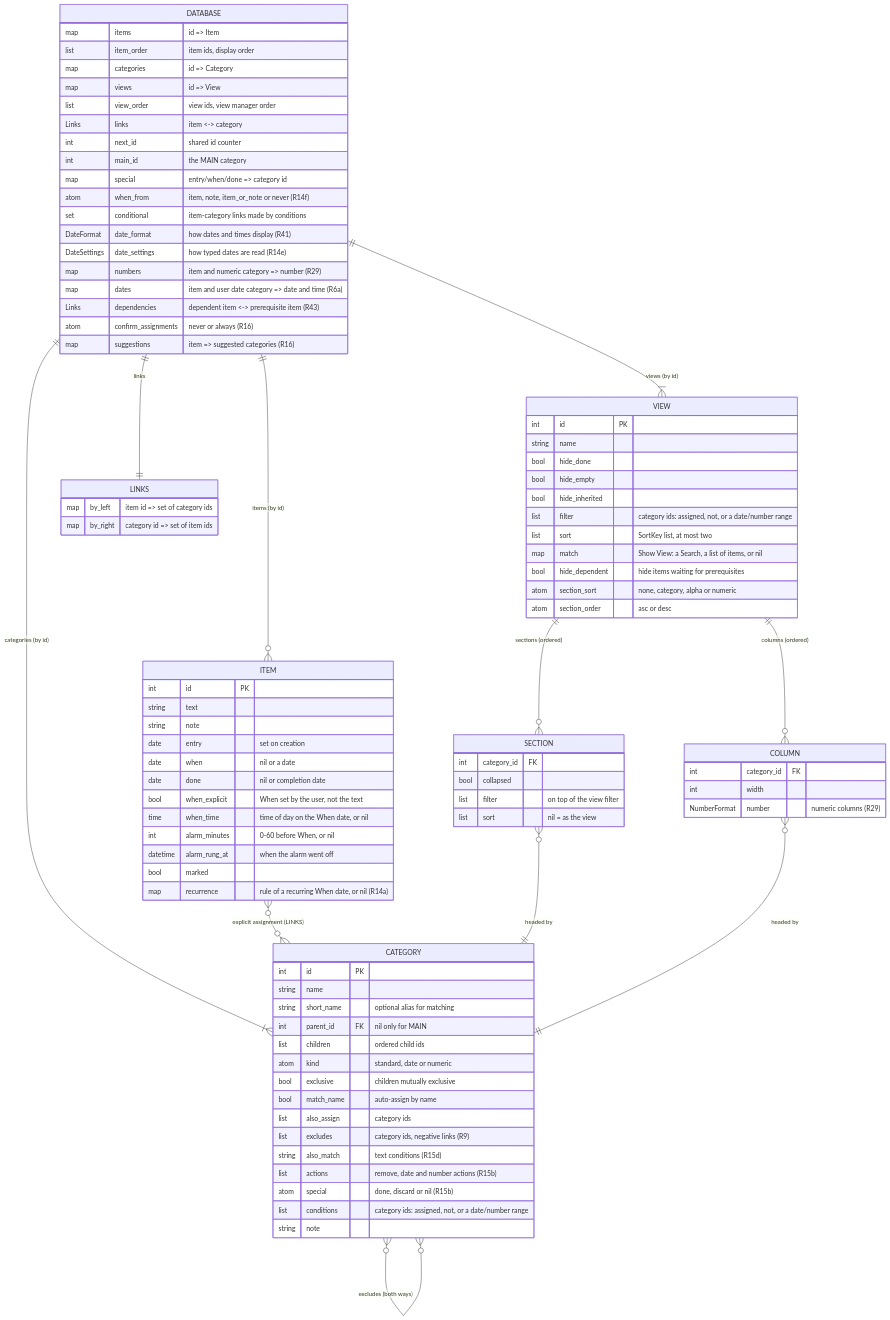
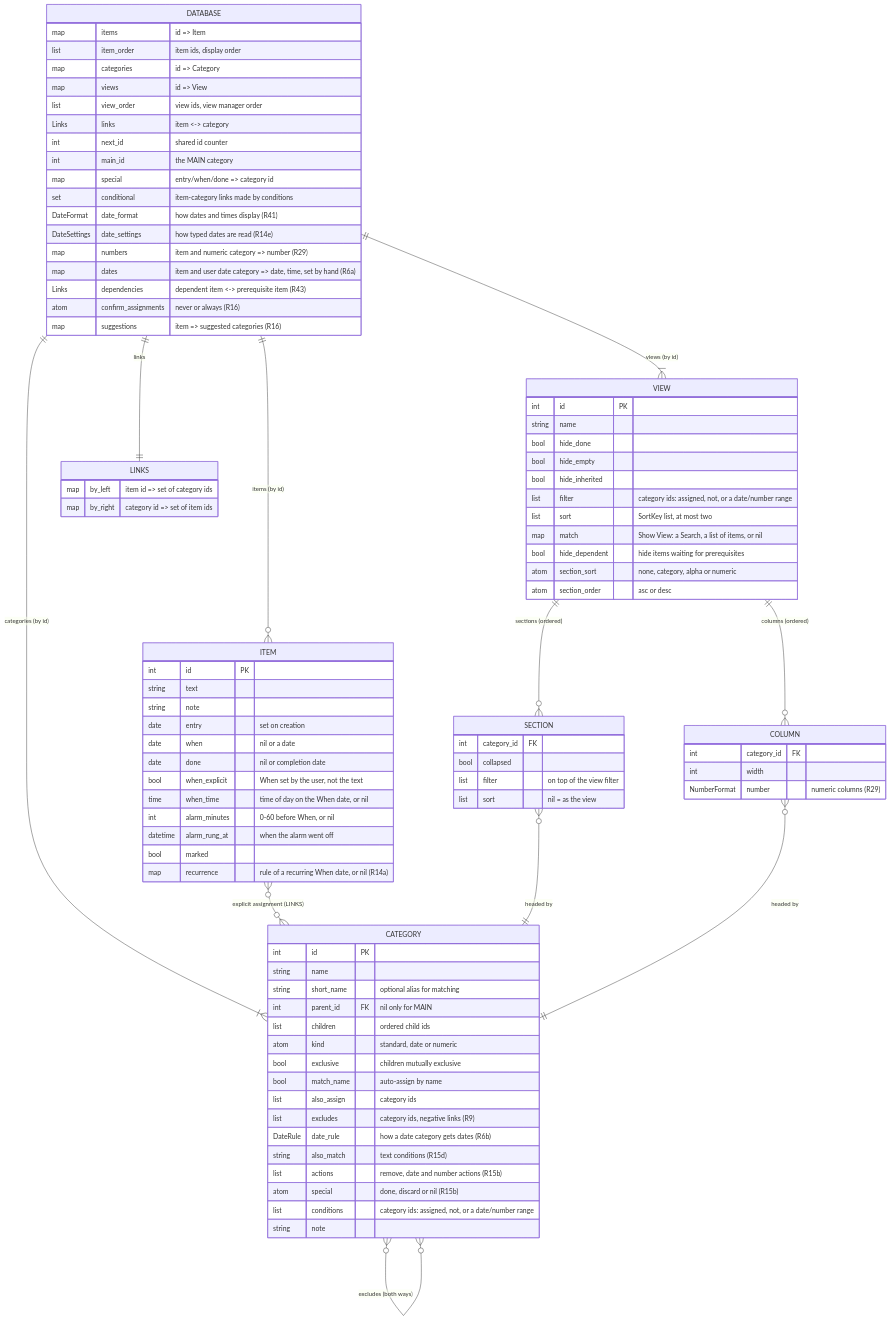
One commit to jamting/agendum changed the first of 6 diagrams in docs/DATA_MODEL.md. Above: the diagram before and after it, drawn with Mermaid. The commit also changed other lines of this file and 23 other files, not shown here.

```diff
--- a/docs/DATA_MODEL.md
+++ b/docs/DATA_MODEL.md
@@ -34,12 +34,11 @@
         int next_id "shared id counter"
         int main_id "the MAIN category"
         map special "entry/when/done => category id"
-        atom when_from "item, note, item_or_note or never (R14f)"
         set conditional "item-category links made by conditions"
         DateFormat date_format "how dates and times display (R41)"
         DateSettings date_settings "how typed dates are read (R14e)"
         map numbers "item and numeric category => number (R29)"
-        map dates "item and user date category => date and time (R6a)"
+        map dates "item and user date category => date, time, set by hand (R6a)"
         Links dependencies "dependent item <-> prerequisite item (R43)"
         atom confirm_assignments "never or always (R16)"
         map suggestions "item => suggested categories (R16)"
@@ -69,6 +68,7 @@
         bool match_name "auto-assign by name"
         list also_assign "category ids"
         list excludes "category ids, negative links (R9)"
+        DateRule date_rule "how a date category gets dates (R6b)"
         string also_match "text conditions (R15d)"
         list actions "remove, date and number actions (R15b)"
         atom special "done, discard or nil (R15b)"
```
